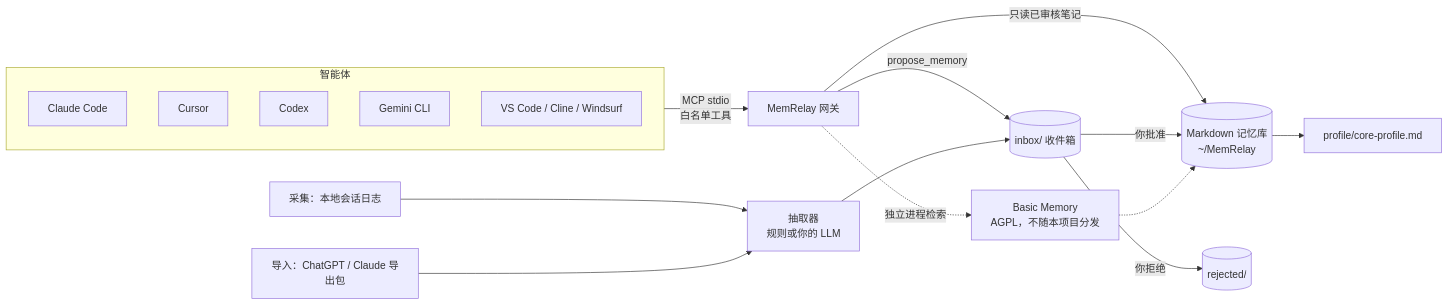
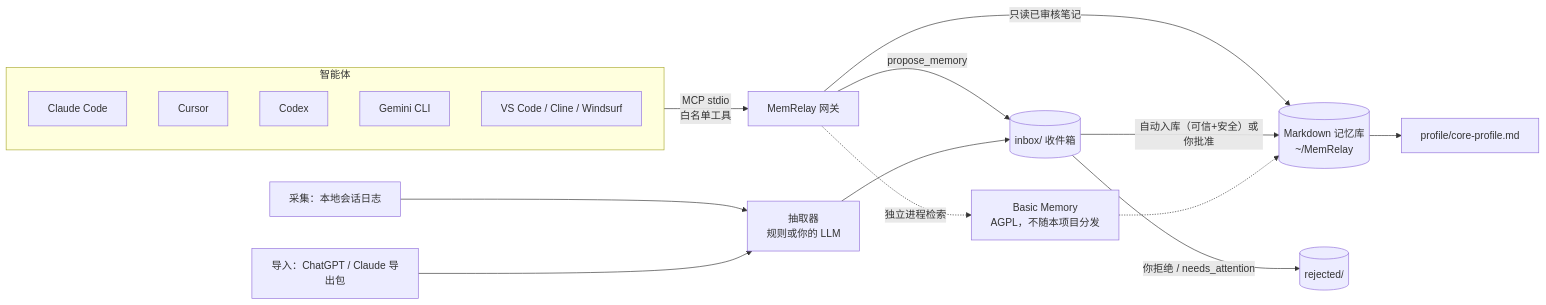
Before and after one commit to theosunny/memrelay: the diagram in README.zh-CN.md, drawn with Mermaid. The commit also changed other lines of this file and 6 other files, not shown here.

````diff
--- a/README.zh-CN.md
+++ b/README.zh-CN.md
@@ -34,20 +34,20 @@
 ```mermaid
 flowchart LR
   subgraph AG[智能体]
     CC[Claude Code]
     CU[Cursor]
     CX[Codex]
     GM[Gemini CLI]
     VS[VS Code / Cline / Windsurf]
   end
   AG -- "MCP stdio<br/>白名单工具" --> GW[MemRelay 网关]
   GW -- "只读已审核笔记" --> V[(Markdown 记忆库<br/>~/MemRelay)]
   GW -- "propose_memory" --> IN[(inbox/ 收件箱)]
   CAP[采集：本地会话日志] --> EX[抽取器<br/>规则或你的 LLM] --> IN
   IMP[导入：ChatGPT / Claude 导出包] --> EX
-  IN -- "你批准" --> V
-  IN -- "你拒绝" --> RJ[(rejected/)]
+  IN -- "自动入库（可信+安全）或你批准" --> V
+  IN -- "你拒绝 / needs_attention" --> RJ[(rejected/)]
   V --> PR[profile/core-profile.md]
   GW -. "独立进程检索" .-> BM[Basic Memory<br/>AGPL，不随本项目分发]
   BM -.-> V
 ```
````
